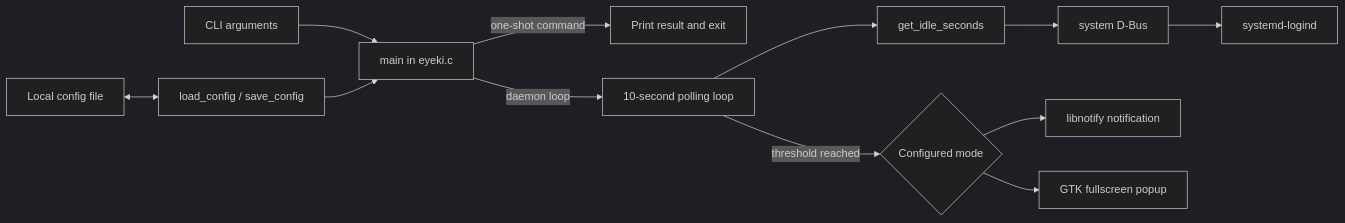
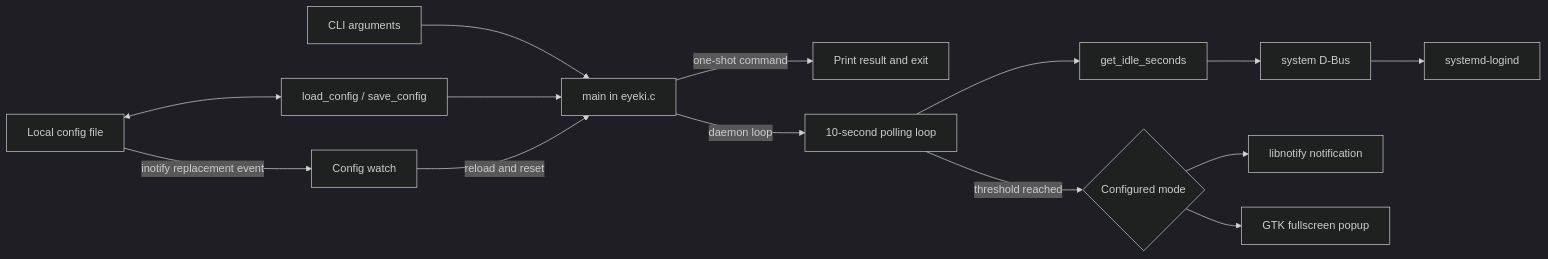
Before and after one commit to KLX1899/eyeki: the first of 2 diagrams in docs/ARCHITECTURE.md, drawn with Mermaid (dark theme). The commit also changed other lines of this file and 16 other files, not shown here.

````diff
--- a/docs/ARCHITECTURE.md
+++ b/docs/ARCHITECTURE.md
@@ -7,14 +7,16 @@
 ```mermaid
 flowchart LR
     CLI[CLI arguments] --> Main[main in eyeki.c]
     File[Local config file] <--> Config[load_config / save_config]
     Config --> Main
+    File -->|inotify replacement event| Watch[Config watch]
+    Watch -->|reload and reset| Main
     Main -->|one-shot command| Exit[Print result and exit]
     Main -->|daemon loop| Timer[10-second polling loop]
     Timer --> Idle[get_idle_seconds]
     Idle --> Bus[system D-Bus]
     Bus --> Logind[systemd-logind]
     Timer -->|threshold reached| Choice{Configured mode}
     Choice --> Notify[libnotify notification]
     Choice --> Popup[GTK fullscreen popup]
 ```
````
